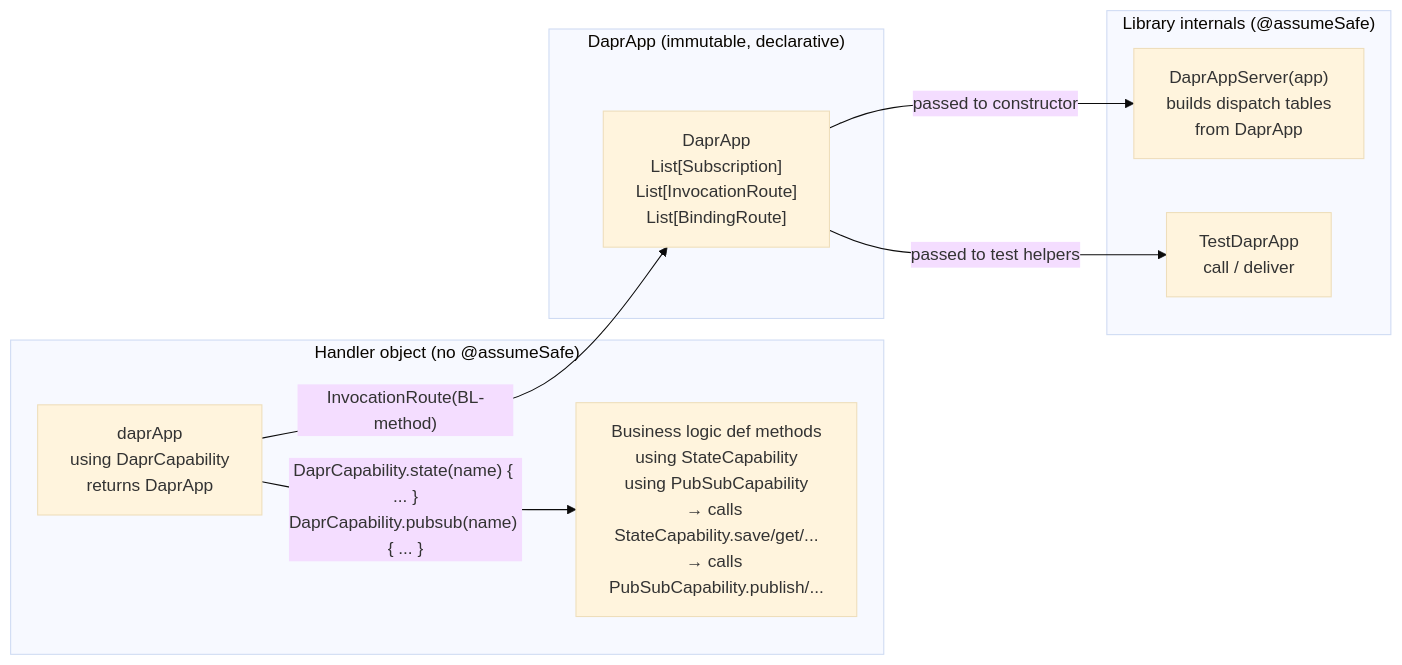
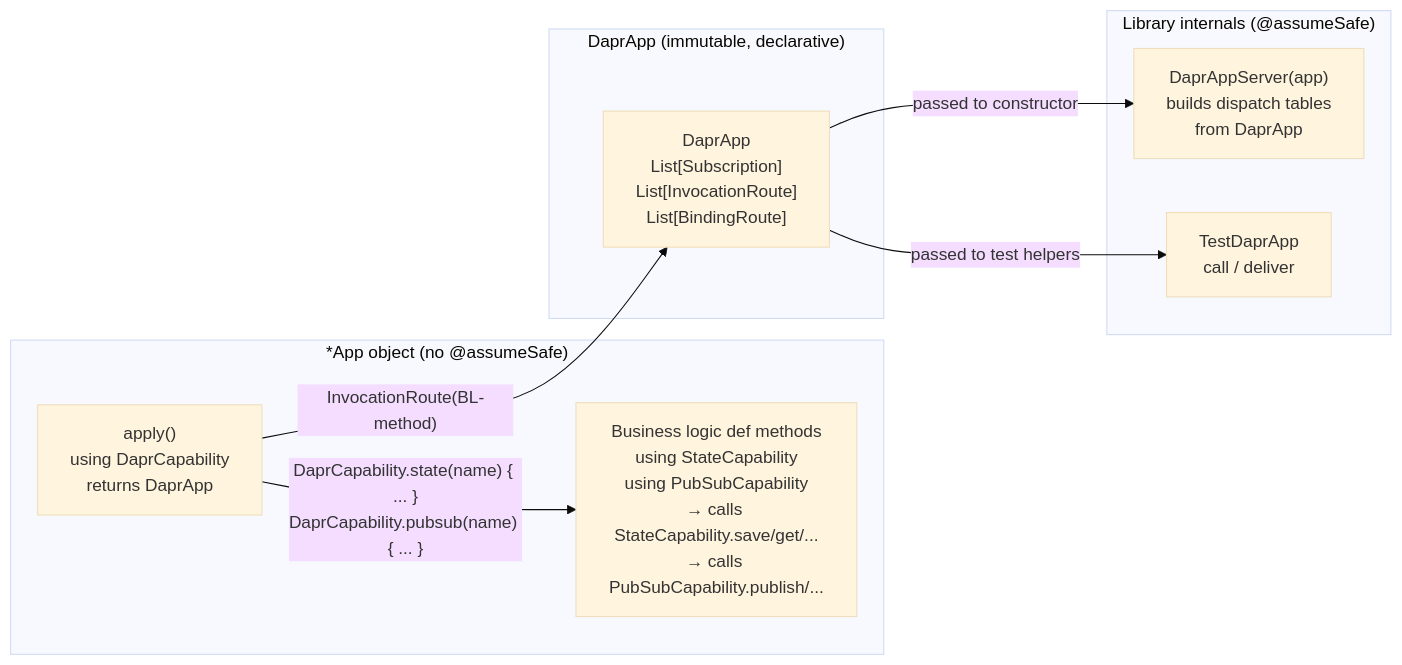
The fourth of 6 diagrams in DESIGN.md (sideeffffect/dapr4s), drawn with Mermaid (base theme) before and after one commit. The commit also changed other lines of this file and 16 other files, not shown here.

````diff
--- a/DESIGN.md
+++ b/DESIGN.md
@@ -271,21 +272,21 @@
 ```mermaid
 graph LR
-    subgraph "Handler object (no @assumeSafe)"
+    subgraph "*App object (no @assumeSafe)"
         BL["Business logic def methods\nusing StateCapability\nusing PubSubCapability\n→ calls StateCapability.save/get/...\n→ calls PubSubCapability.publish/..."]
-        CFG["daprApp\nusing DaprCapability\nreturns DaprApp"]
+        CFG["apply()\nusing DaprCapability\nreturns DaprApp"]
         CFG -->|"DaprCapability.state(name) { ... }\nDaprCapability.pubsub(name) { ... }"| BL
     end
 
     subgraph "DaprApp (immutable, declarative)"
         DA["DaprApp\nList[Subscription]\nList[InvocationRoute]\nList[BindingRoute]"]
     end
 
     subgraph "Library internals (@assumeSafe)"
         SRV["DaprAppServer(app)\nbuilds dispatch tables\nfrom DaprApp"]
         TST["TestDaprApp\ncall / deliver"]
     end
 
     CFG -->|"InvocationRoute(BL-method)"| DA
     DA -->|"passed to constructor"| SRV
     DA -->|"passed to test helpers"| TST
 ```
````
